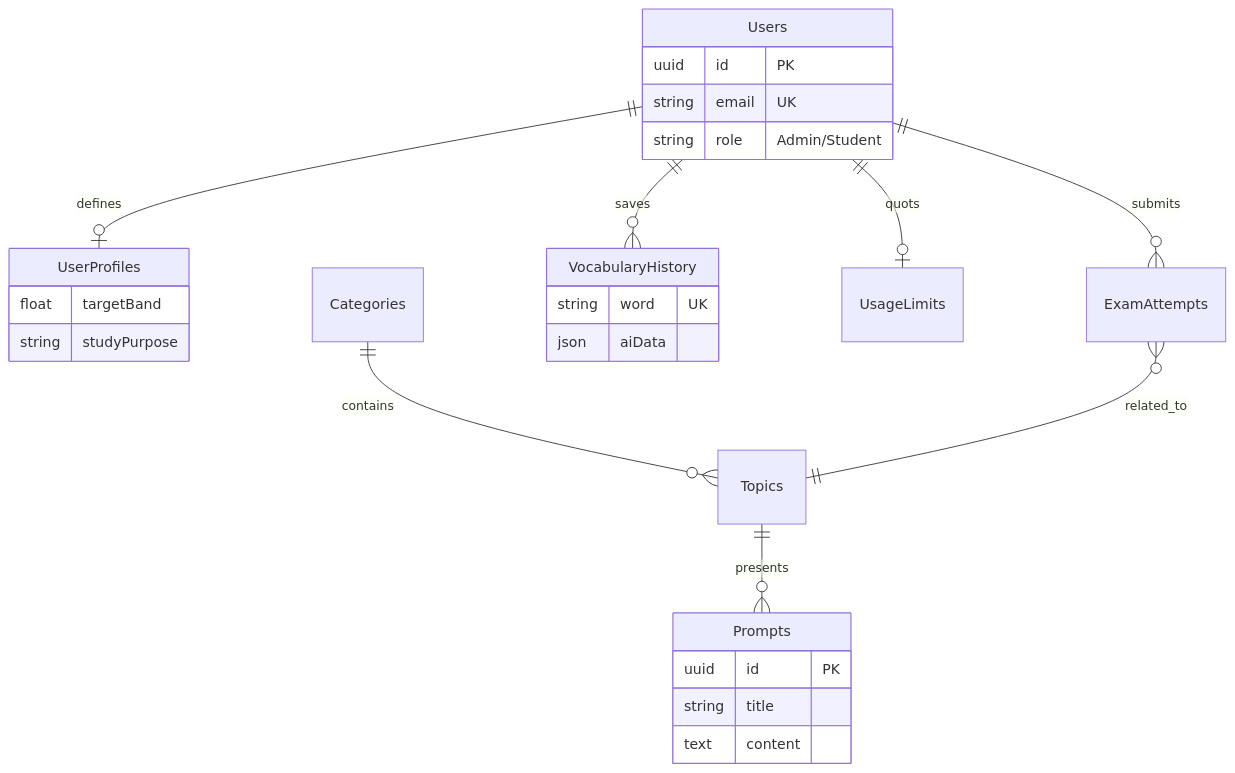
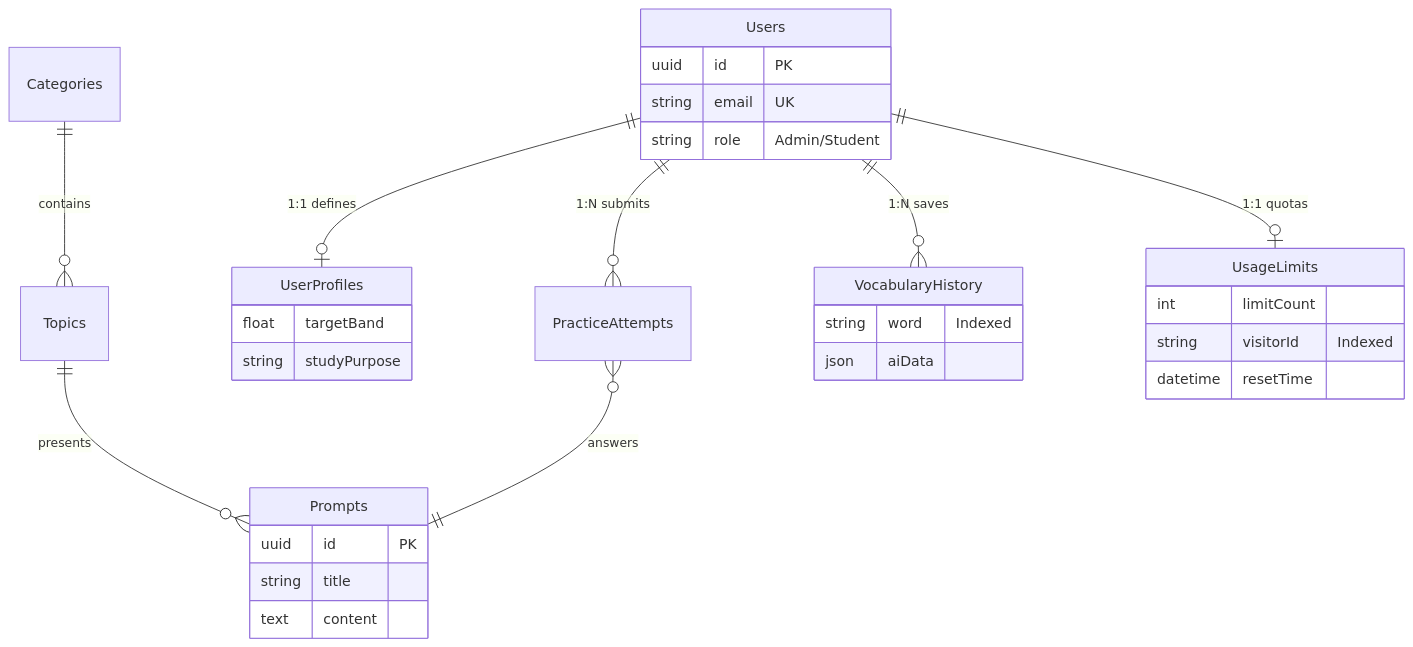
Before and after one commit to nameTun/bandmates-platform: the second of 2 diagrams in README.md, drawn with Mermaid. The commit also changed other lines of this file and 9 other files, not shown here.

````diff
--- a/README.md
+++ b/README.md
@@ -113,33 +149,39 @@
 ```mermaid
 erDiagram
-    Users ||--o| UserProfiles : "defines"
-    Users ||--o{ ExamAttempts : "submits"
-    Users ||--o{ VocabularyHistory : "saves"
-    Users ||--o| UsageLimits : "quots"
+    Users ||--o| UserProfiles : "1:1 defines"
+    Users ||--o{ PracticeAttempts : "1:N submits"
+    Users ||--o{ VocabularyHistory : "1:N saves"
+    Users ||--o| UsageLimits : "1:1 quotas"
     
     Users {
         uuid id "PK"
         string email "UK"
         string role "Admin/Student"
     }
 
     Categories ||--o{ Topics : "contains"
     Topics ||--o{ Prompts : "presents"
-    ExamAttempts }o--|| Topics : "related_to"
+    PracticeAttempts }o--|| Prompts : "answers"
 
     Prompts {
         uuid id "PK"
         string title
         text content
     }
 
     UserProfiles {
         float targetBand
         string studyPurpose
     }
 
     VocabularyHistory {
-        string word "UK"
+        string word "Indexed"
         json aiData
     }
+    
+    UsageLimits {
+        int limitCount
+        string visitorId "Indexed"
+        datetime resetTime
+    }
 ```
````
